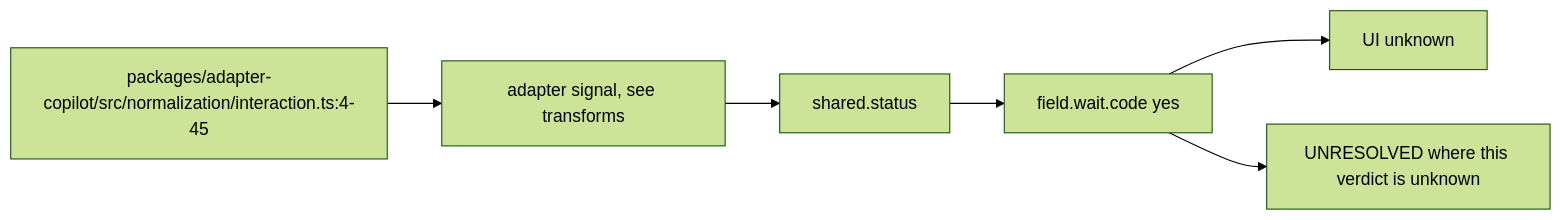
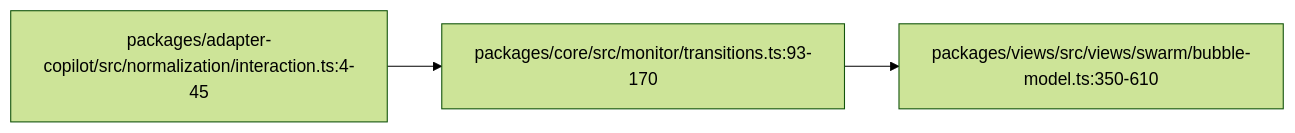
The diagram in audit/godview/evidence/copilot/wait.code.mmd (vibefield/puppeteer), drawn with Mermaid (forest theme) before and after one commit. The commit also changed 1255 other files, not shown here.

```diff
--- a/audit/godview/evidence/copilot/wait.code.mmd
+++ b/audit/godview/evidence/copilot/wait.code.mmd
@@ -1,13 +1,9 @@
-%% graph_ref: shared.status
-%% adapter: copilot
-%% field: field.wait.code
-%% forensic: source-read at 748d015; not a live sample
+%% graph_ref: path.status
+%% shared_map: 07e71c9bcb9532fc181e3f667f2d0ed2e7c9afaf
+%% forensic: source-read 748d015a7e393112e0a91dad80111fdf5abe6583; not a live sample
 flowchart LR
-  src["packages/adapter-copilot/src/normalization/interaction.ts:4-45"]
-  raw["adapter signal, see transforms"]
-  shared["shared.status"]
-  row["field.wait.code yes"]
-  ui["UI unknown"]
-  src --> raw --> shared --> row --> ui
-  open["UNRESOLVED where this verdict is unknown"]
-  row --> open
+  n0["packages/adapter-copilot/src/normalization/interaction.ts:4-45"]
+  n1["packages/core/src/monitor/transitions.ts:93-170"]
+  n0 --> n1
+  n2["packages/views/src/views/swarm/bubble-model.ts:350-610"]
+  n1 --> n2
```
